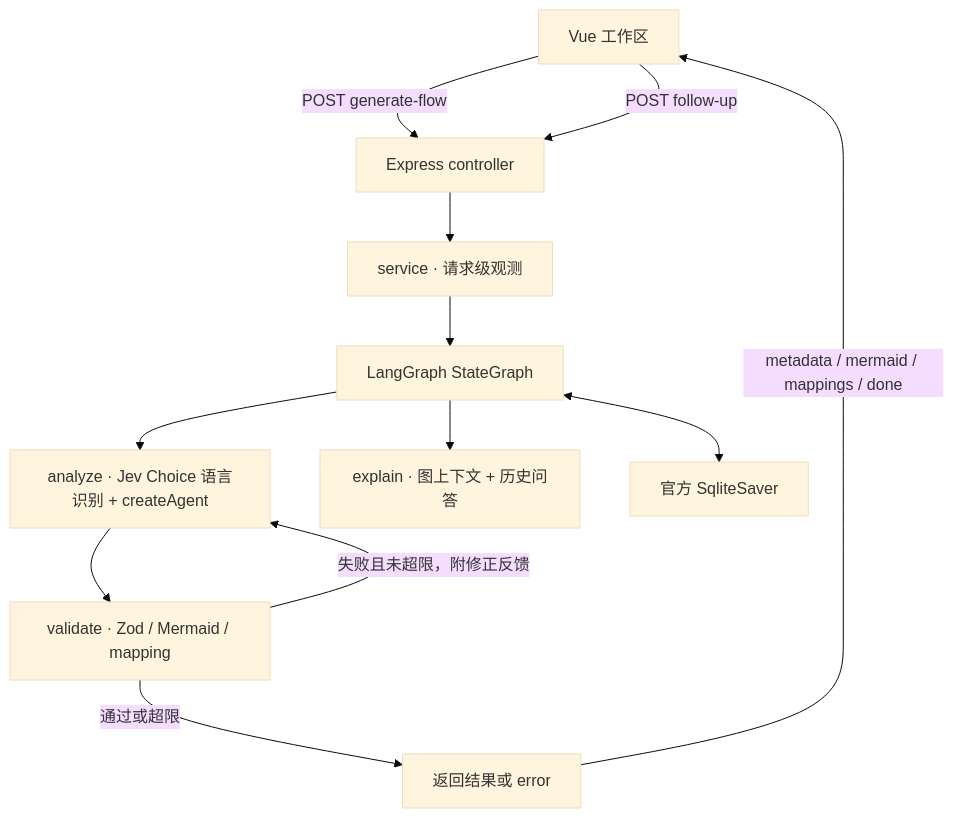
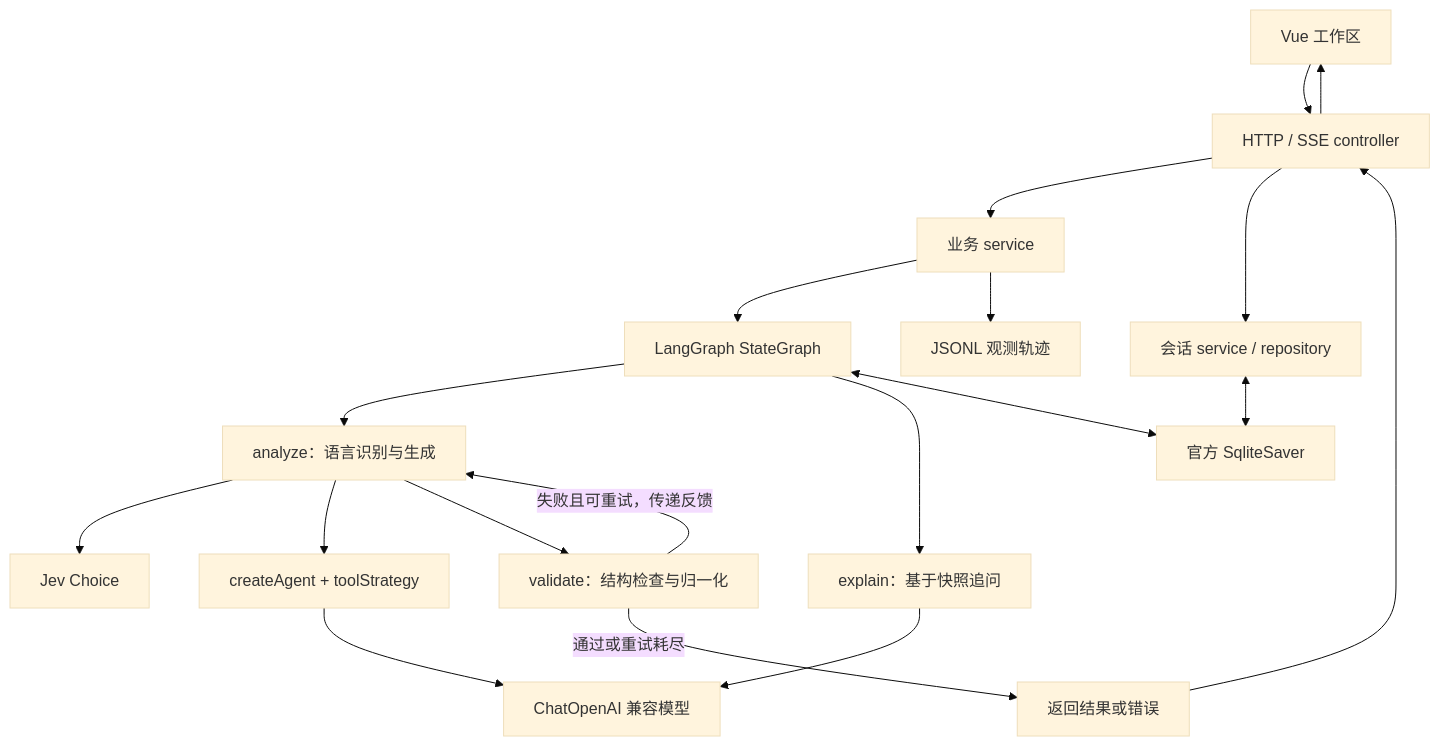
Before and after one commit to LovroMance/code2flow: the diagram in docs/architecture.md, drawn with Mermaid (base theme). The commit also changed other lines of this file and 5 other files, not shown here.

````diff
--- a/docs/architecture.md
+++ b/docs/architecture.md
@@ -15,14 +13,21 @@
 ```mermaid
 flowchart TD
-    UI[Vue 工作区] -->|POST generate-flow| HTTP[Express controller]
-    HTTP --> Service[service · 请求级观测]
+    UI[Vue 工作区] --> API[HTTP / SSE controller]
+    API --> Service[业务 service]
     Service --> Graph[LangGraph StateGraph]
-    Graph --> Analyze[analyze · Jev Choice 语言识别 + createAgent]
-    Analyze --> Validate[validate · Zod / Mermaid / mapping]
-    Validate -->|失败且未超限，附修正反馈| Analyze
-    Validate -->|通过或超限| Done[返回结果或 error]
-    Graph --> Explain[explain · 图上下文 + 历史问答]
-    Graph <--> SQLite[官方 SqliteSaver]
-    Done -->|metadata / mermaid / mappings / done| UI
-    UI -->|POST follow-up| HTTP
+    Graph --> Analyze[analyze：语言识别与生成]
+    Analyze --> Jev[Jev Choice]
+    Analyze --> Agent[createAgent + toolStrategy]
+    Agent --> Model[ChatOpenAI 兼容模型]
+    Analyze --> Validate[validate：结构检查与归一化]
+    Validate -->|失败且可重试，传递反馈| Analyze
+    Validate -->|通过或重试耗尽| Result[返回结果或错误]
+    Graph --> Explain[explain：基于快照追问]
+    Explain --> Model
+    Graph <--> Saver[官方 SqliteSaver]
+    Service --> Trace[JSONL 观测轨迹]
+    API --> Sessions[会话 service / repository]
+    Sessions <--> Saver
+    Result --> API
+    API --> UI
 ```
````
